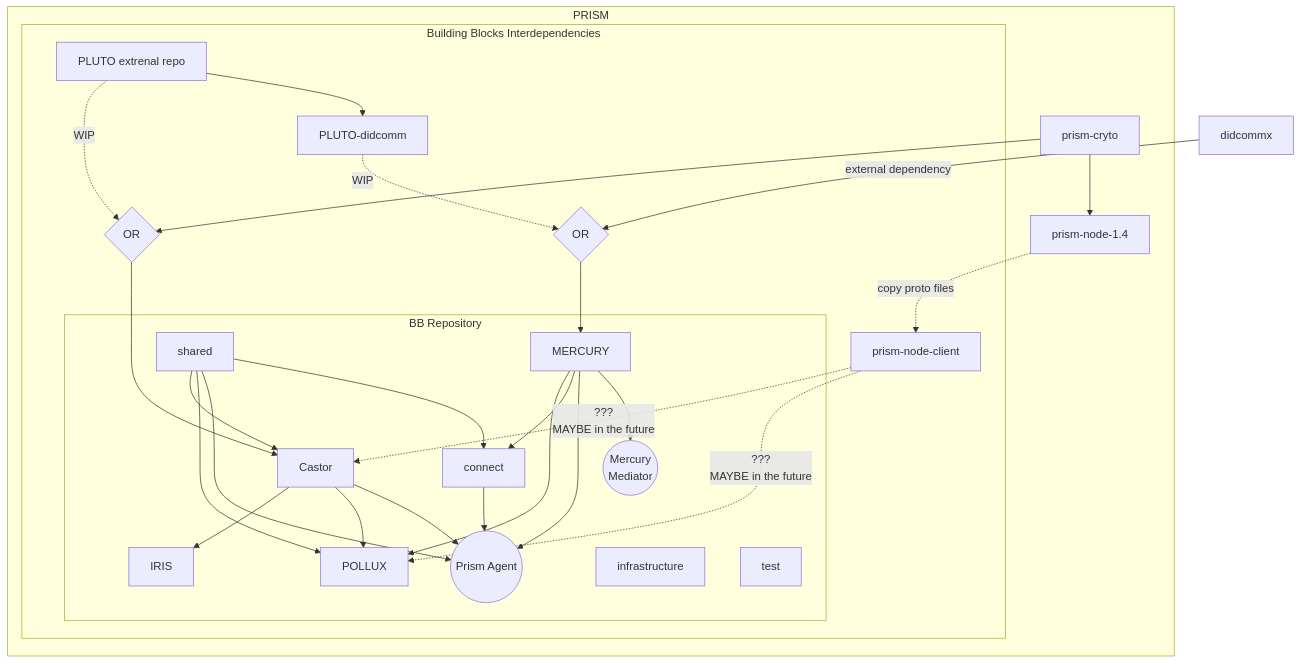
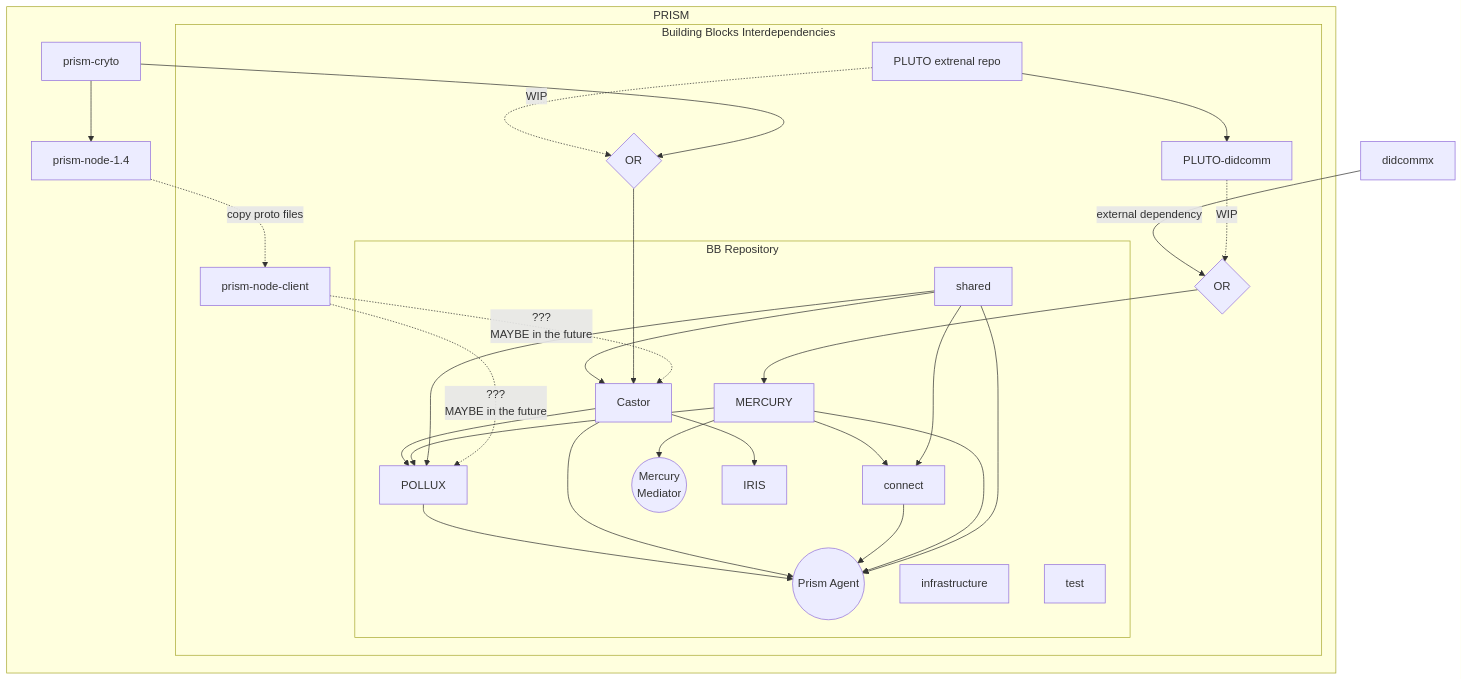
The diagram in Interdependencies.md (hyperledger/identus-cloud-agent), drawn with Mermaid before and after one commit.

Commit message:
Add pollux --> prism-agent

````diff
--- a/Interdependencies.md
+++ b/Interdependencies.md
@@ -7,61 +7,63 @@
 ```mermaid
 flowchart
   PLUTO-didcomm -.WIP.-> OR1{OR} 
   didcommx --external dependency--> OR1{OR} 
 
   subgraph PRISM
     prism-cryto --> prism-node-1.4
     prism-cryto --> OR2{OR}
     prism-node-1.4 -.copy proto files.-> prism-node
 
     subgraph BB[Building Blocks Interdependencies]
       prism-node -.???\nMAYBE in the future.-> castor
       prism-node -.???\nMAYBE in the future.-> pollux
 
       pluto -.WIP.-> OR2{OR}
       pluto --> PLUTO-didcomm
 
       OR1 --> mercury
 
       OR2 --> castor
 
       subgraph REPO [BB Repository]
         shared --> castor
         shared --> pollux
         shared --> prism-agent
         shared --> connect
         
         mercury --> pollux
         mercury --> connect
         mercury --> prism-agent
         mercury --> mediator
 
         connect --> prism-agent
 
         castor --> iris
         castor --> pollux
         castor --> prism-agent
 
+        pollux --> prism-agent
+
 
         infrastructure
         test
       end
     end
   end
 
   
 
 %% All 
 castor[Castor]
 connect
 infrastructure
 iris[IRIS]
 mercury[MERCURY]
 mediator((Mercury\nMediator))
 pluto[PLUTO extrenal repo]
 pollux[POLLUX]
 prism-agent((Prism Agent))
 prism-node[prism-node-client]
 shared
 test
 ```
````
